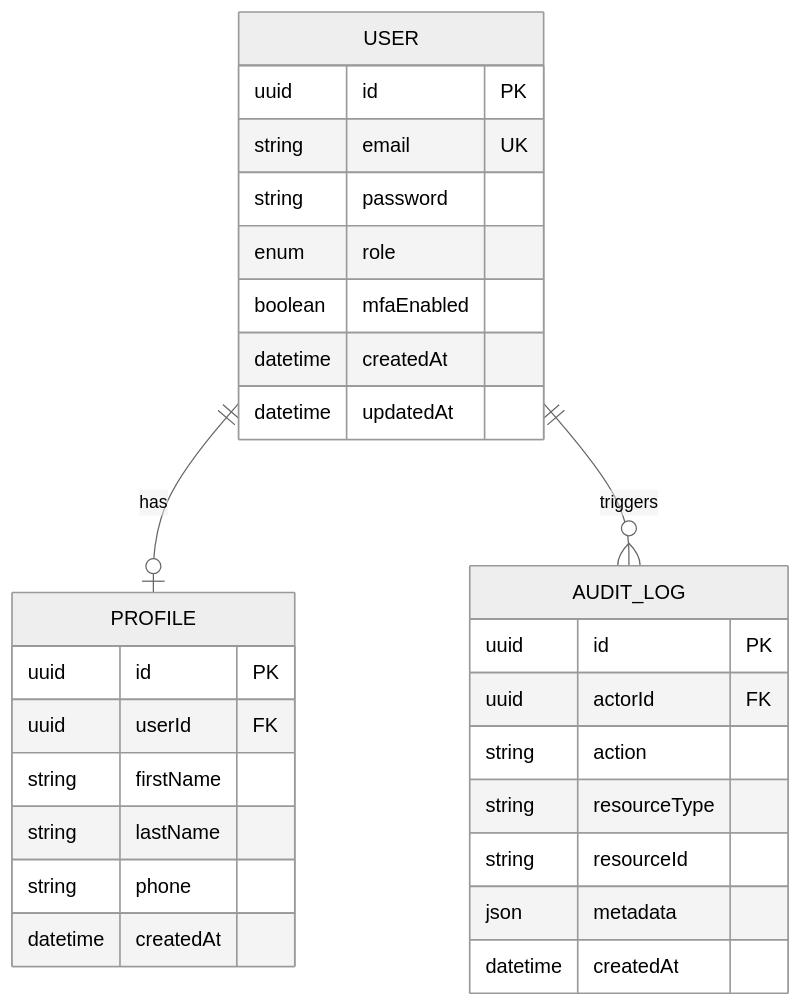
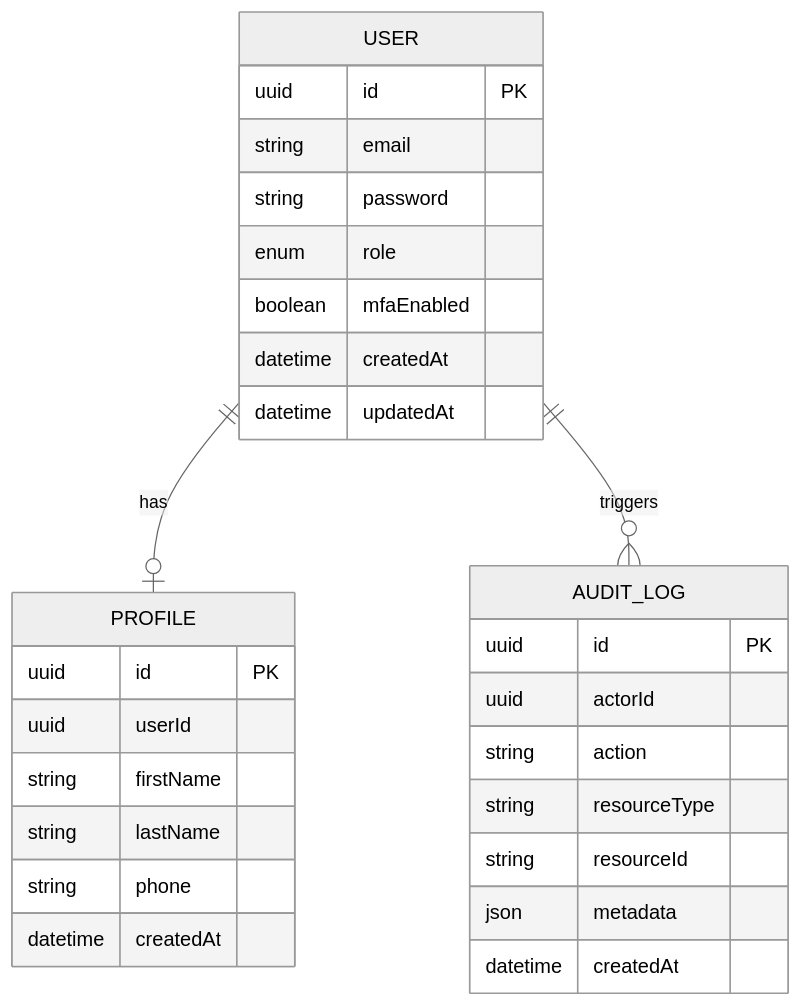
One commit to Dipen-t/telecomdoctor-be changed the first of 6 diagrams in docs/02-auth-and-users.md. Above: the diagram before and after it, drawn with Mermaid (neutral theme). The commit also changed 4 other files, not shown here.

Commit message:
fix: remove unsupported FK/UK from Mermaid ERD diagrams

````diff
--- a/docs/02-auth-and-users.md
+++ b/docs/02-auth-and-users.md
@@ -5,32 +5,32 @@
 ```mermaid
 erDiagram
     USER {
         uuid id PK
-        string email UK
+        string email
         string password
         enum role
         boolean mfaEnabled
         datetime createdAt
         datetime updatedAt
     }
     PROFILE {
         uuid id PK
-        uuid userId FK
+        uuid userId
         string firstName
         string lastName
         string phone
         datetime createdAt
     }
     AUDIT_LOG {
         uuid id PK
-        uuid actorId FK
+        uuid actorId
         string action
         string resourceType
         string resourceId
         json metadata
         datetime createdAt
     }
 
     USER ||--o| PROFILE : has
     USER ||--o{ AUDIT_LOG : triggers
 ```
````
